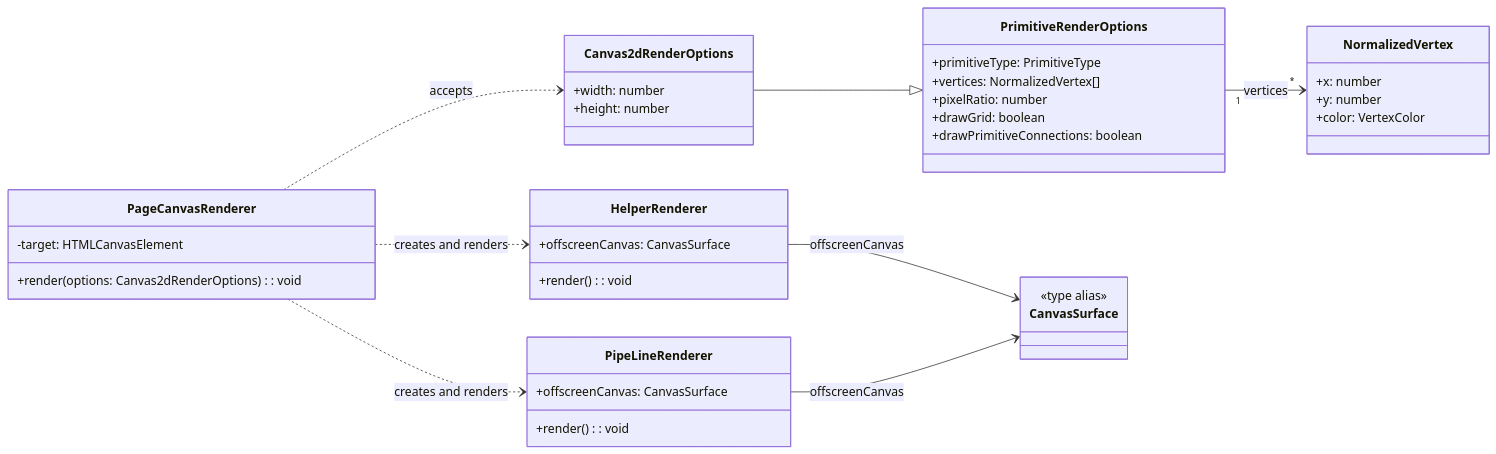
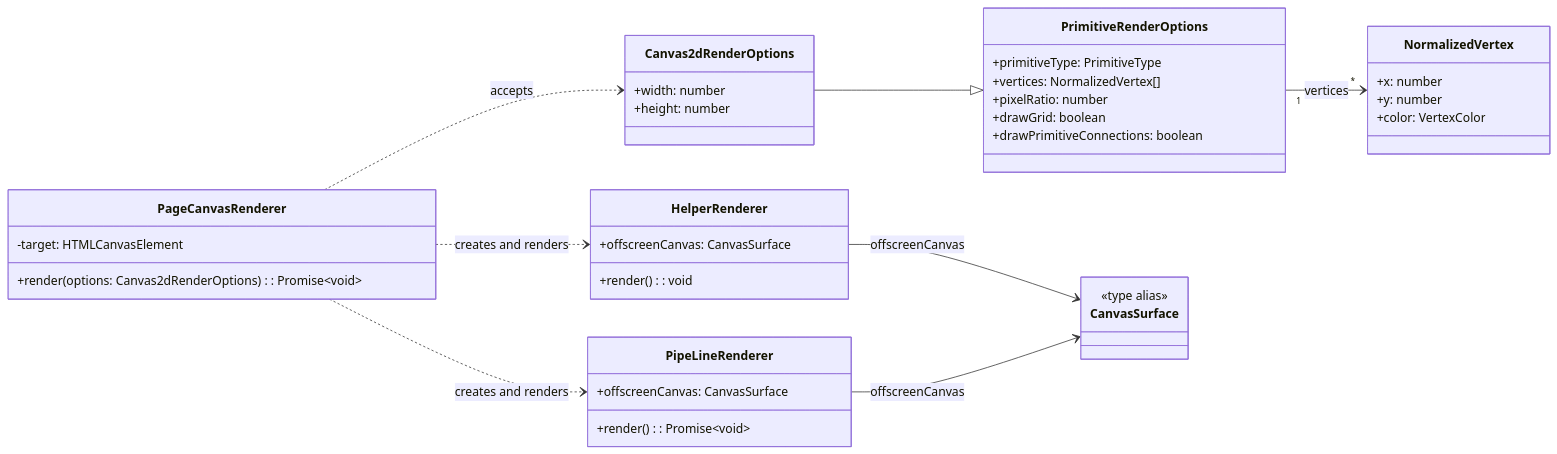
Before and after one commit to Lethe-HJ/render-pipeline: the second of 2 diagrams in 设计总览.md, drawn with Mermaid. The commit also changed other lines of this file and 13 other files, not shown here.

````diff
--- a/设计总览.md
+++ b/设计总览.md
@@ -26,50 +26,50 @@
 ```mermaid
 classDiagram
 	direction LR
 
 	class PageCanvasRenderer {
 		-target: HTMLCanvasElement
-		+render(options: Canvas2dRenderOptions): void
+		+render(options: Canvas2dRenderOptions): Promise~void~
 	}
 
 	class HelperRenderer {
 		+offscreenCanvas: CanvasSurface
 		+render(): void
 	}
 
 	class PipeLineRenderer {
 		+offscreenCanvas: CanvasSurface
-		+render(): void
+		+render(): Promise~void~
 	}
 
 	class Canvas2dRenderOptions {
 		+width: number
 		+height: number
 	}
 
 	class PrimitiveRenderOptions {
 		+primitiveType: PrimitiveType
 		+vertices: NormalizedVertex[]
 		+pixelRatio: number
 		+drawGrid: boolean
 		+drawPrimitiveConnections: boolean
 	}
 
 	class NormalizedVertex {
 		+x: number
 		+y: number
 		+color: VertexColor
 	}
 
 	class CanvasSurface {
 		<<type alias>>
 	}
 
 	PageCanvasRenderer ..> HelperRenderer : creates and renders
 	PageCanvasRenderer ..> PipeLineRenderer : creates and renders
 	PageCanvasRenderer ..> Canvas2dRenderOptions : accepts
 	Canvas2dRenderOptions --|> PrimitiveRenderOptions
 	PrimitiveRenderOptions "1" --> "*" NormalizedVertex : vertices
 	HelperRenderer --> CanvasSurface : offscreenCanvas
 	PipeLineRenderer --> CanvasSurface : offscreenCanvas
 ```
````
